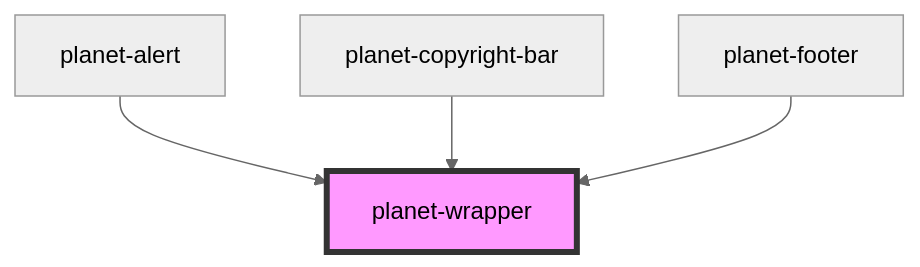
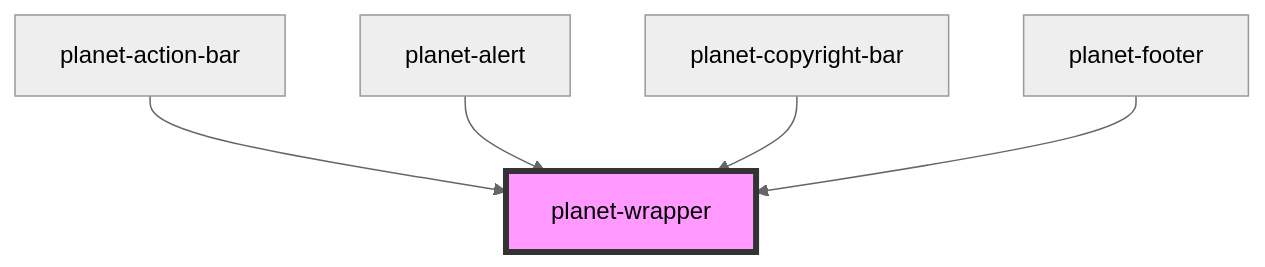
Before and after one commit to siteplanet/planet-css: the diagram in src/components/planet-wrapper/readme.md, drawn with Mermaid (neutral theme). The commit also changed other lines of this file and 23 other files, not shown here.

````diff
--- a/src/components/planet-wrapper/readme.md
+++ b/src/components/planet-wrapper/readme.md
@@ -17,7 +18,8 @@
 ```mermaid
 graph TD;
+  planet-action-bar --> planet-wrapper
   planet-alert --> planet-wrapper
   planet-copyright-bar --> planet-wrapper
   planet-footer --> planet-wrapper
   style planet-wrapper fill:#f9f,stroke:#333,stroke-width:4px
 ```
````
